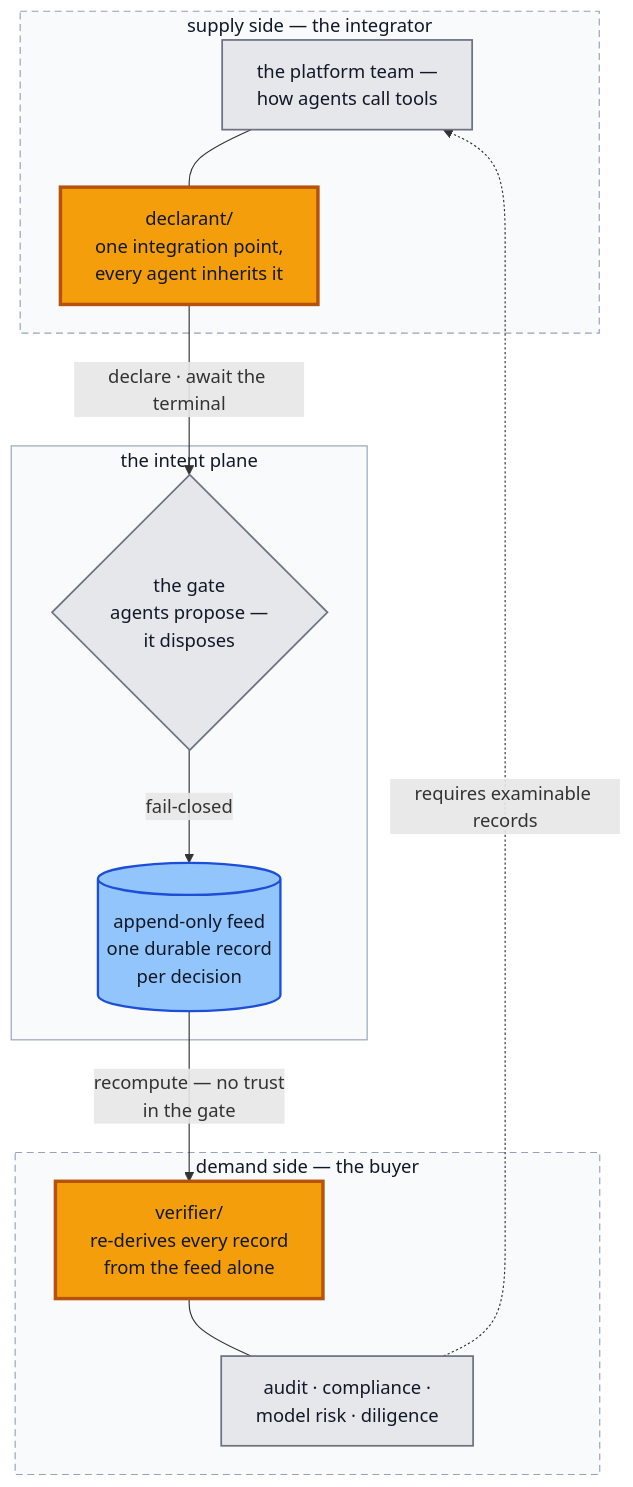
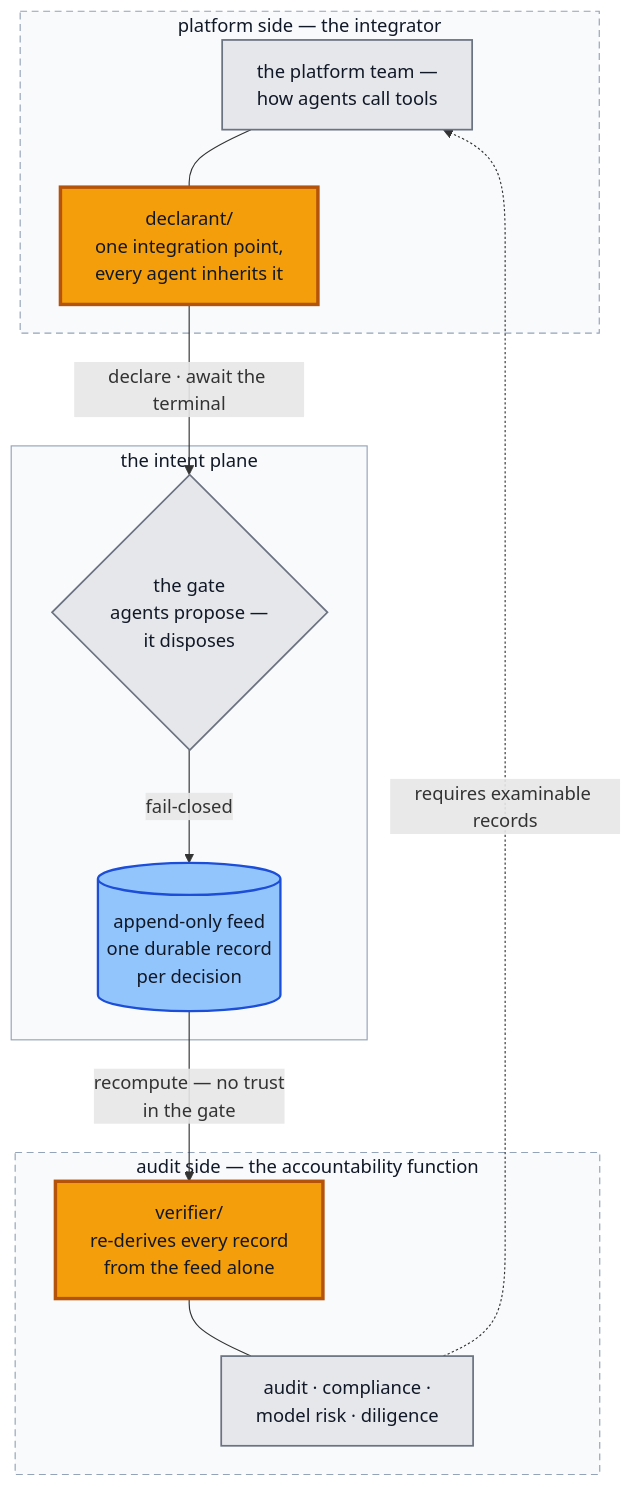
Before and after one commit to hossainpazooki/intent-plane: the first of 4 diagrams in README.md, drawn with Mermaid. The commit also changed other lines of this file and 2 other files, not shown here.

````diff
--- a/README.md
+++ b/README.md
@@ -12,31 +12,31 @@
 ```mermaid
 flowchart TD
-    subgraph SUPPLY["supply side — the integrator"]
+    subgraph PLATFORM["platform side — the integrator"]
         S["the platform team —<br/>how agents call tools"]
         DECL["declarant/<br/>one integration point,<br/>every agent inherits it"]
         S --- DECL
     end
     subgraph PLANE["the intent plane"]
         G{"the gate<br/>agents propose —<br/>it disposes"}
         FEED[("append-only feed<br/>one durable record<br/>per decision")]
         G -->|fail-closed| FEED
     end
-    subgraph DEMAND["demand side — the buyer"]
+    subgraph AUDIT["audit side — the accountability function"]
         V["verifier/<br/>re-derives every record<br/>from the feed alone"]
         D["audit · compliance ·<br/>model risk · diligence"]
         V --- D
     end
     DECL -->|"declare · await the terminal"| G
     FEED -->|"recompute — no trust<br/>in the gate"| V
     D -.->|"requires examinable records"| S
 
     classDef neutral fill:#e5e7eb,stroke:#6b7280,stroke-width:1.5px,color:#111827;
     classDef pkg fill:#f59e0b,stroke:#b45309,stroke-width:3px,color:#111827;
     classDef durable fill:#93c5fd,stroke:#1d4ed8,stroke-width:2px,color:#111827;
     class S,D,G neutral;
     class DECL,V pkg;
     class FEED durable;
-    style SUPPLY fill:#f8fafc,stroke:#94a3b8,stroke-dasharray:6 4,color:#111827;
-    style DEMAND fill:#f8fafc,stroke:#94a3b8,stroke-dasharray:6 4,color:#111827;
+    style PLATFORM fill:#f8fafc,stroke:#94a3b8,stroke-dasharray:6 4,color:#111827;
+    style AUDIT fill:#f8fafc,stroke:#94a3b8,stroke-dasharray:6 4,color:#111827;
     style PLANE fill:#f8fafc,stroke:#94a3b8,color:#111827;
 ```
````
